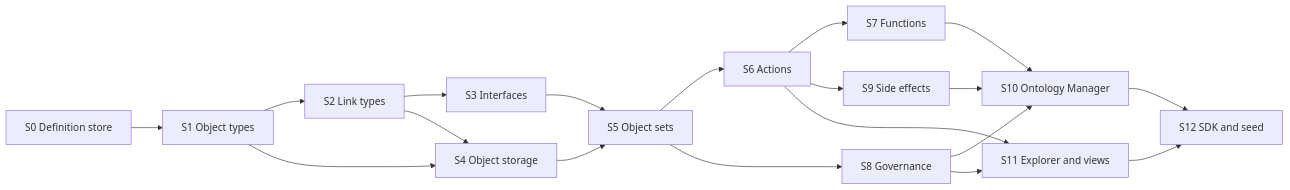
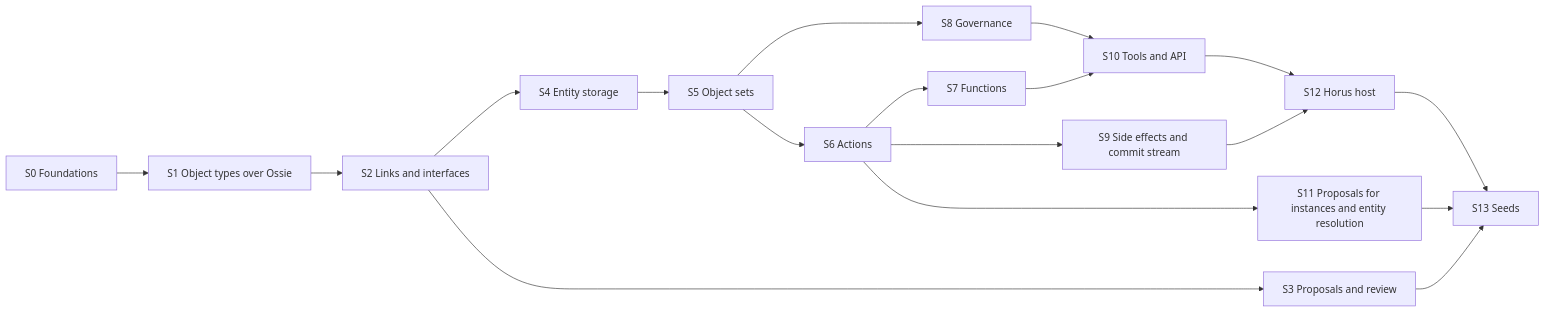
One commit to Christopheraburns/horus changed the fourth of 4 diagrams in docs/ONTOLOGY_PLAN.md. Above: the diagram before and after it, drawn with Mermaid. The commit also changed other lines of this file and 1 other file, not shown here.

First line of the commit message:
Rewrite ontology plan as a merge with Helios; update burndown 14

````diff
--- a/docs/ONTOLOGY_PLAN.md
+++ b/docs/ONTOLOGY_PLAN.md
@@ -515,21 +519,20 @@
 ```mermaid
 flowchart LR
-  s0[S0 Definition store] --> s1[S1 Object types]
-  s1 --> s2[S2 Link types]
-  s2 --> s3[S3 Interfaces]
-  s1 --> s4[S4 Object storage]
-  s2 --> s4
-  s3 --> s5[S5 Object sets]
-  s4 --> s5
+  s0[S0 Foundations] --> s1[S1 Object types over Ossie]
+  s1 --> s2[S2 Links and interfaces]
+  s2 --> s3[S3 Proposals and review]
+  s2 --> s4[S4 Entity storage]
+  s4 --> s5[S5 Object sets]
   s5 --> s6[S6 Actions]
   s6 --> s7[S7 Functions]
   s5 --> s8[S8 Governance]
-  s6 --> s9[S9 Side effects]
-  s7 --> s10[S10 Ontology Manager]
-  s8 --> s10
-  s9 --> s10
-  s8 --> s11[S11 Explorer and views]
-  s6 --> s11
-  s10 --> s12[S12 SDK and seed]
-  s11 --> s12
+  s6 --> s9[S9 Side effects and commit stream]
+  s8 --> s10[S10 Tools and API]
+  s7 --> s10
+  s6 --> s11[S11 Proposals for instances and entity resolution]
+  s10 --> s12[S12 Horus host]
+  s9 --> s12
+  s12 --> s13[S13 Seeds]
+  s11 --> s13
+  s3 --> s13
 ```
````
